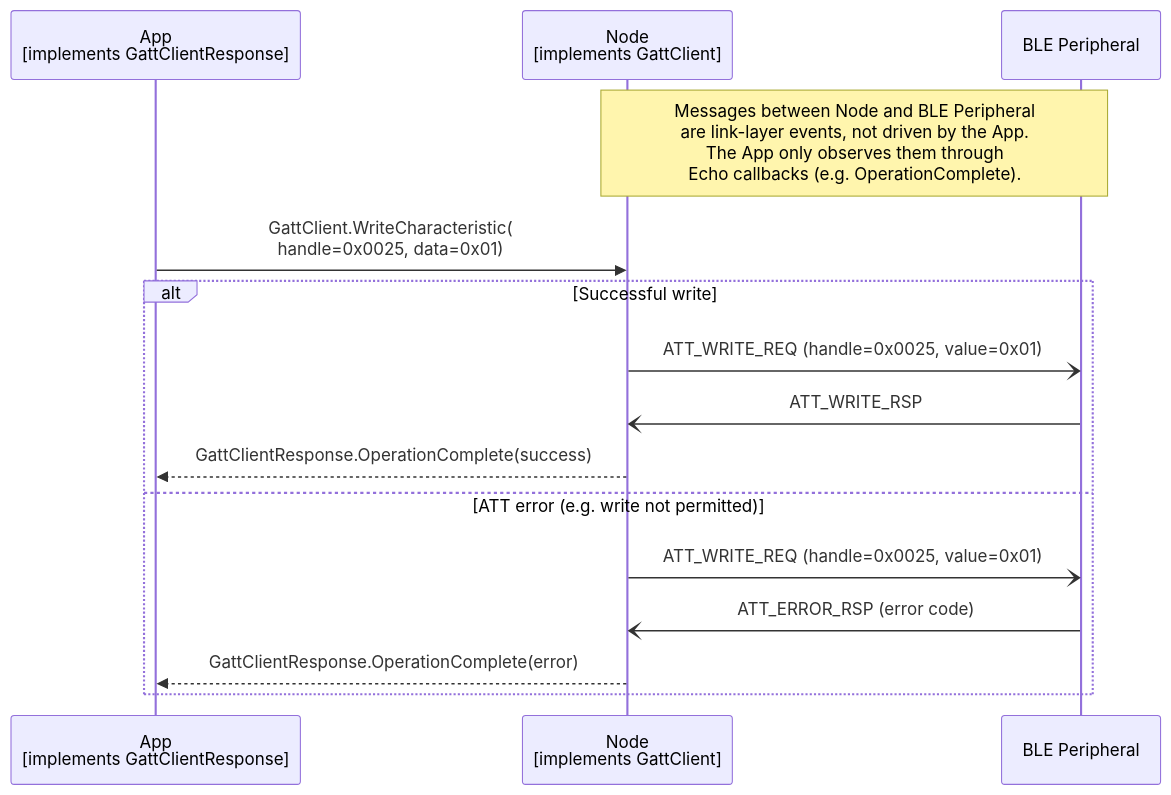
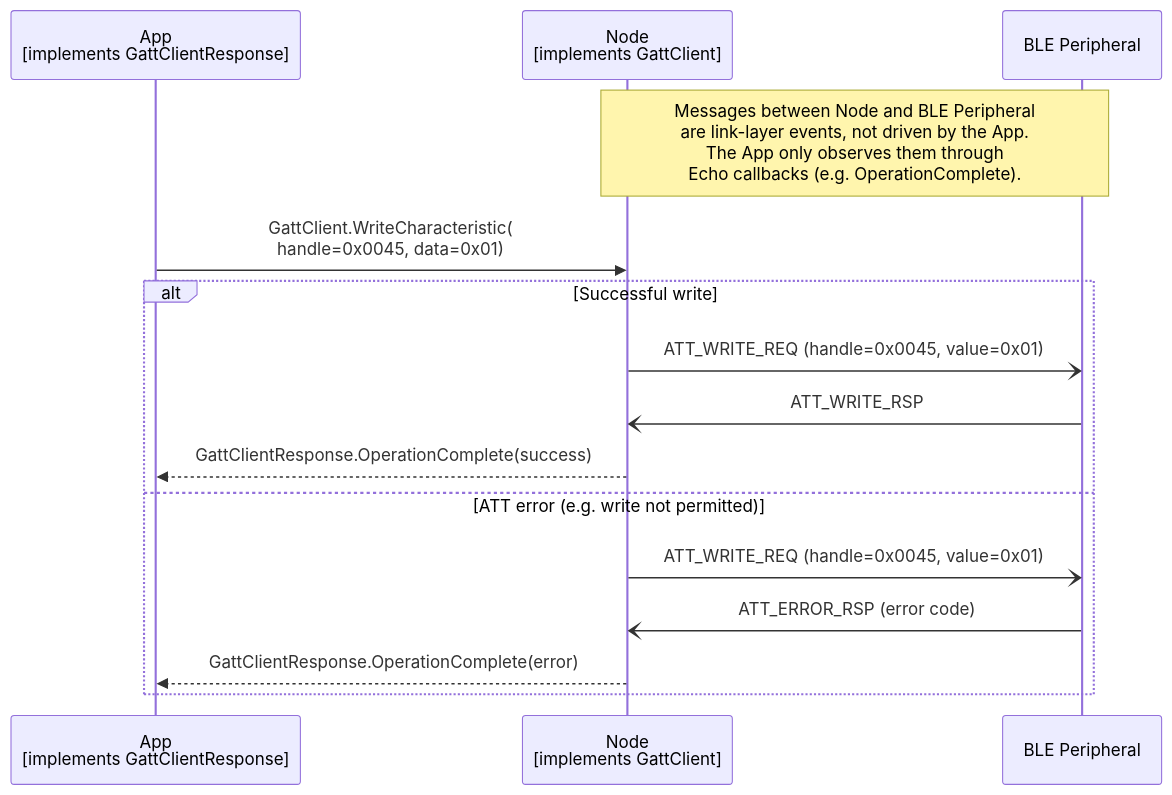
Before and after one commit to philips-software/amp-embedded-infra-lib: the diagram in documents/modules/ROOT/partials/echoservices/gatt_client/GattClient_WriteCharacteristic_sequence.mmd, drawn with Mermaid. The commit also changed 6 other files, not shown here.

```diff
--- a/documents/modules/ROOT/partials/echoservices/gatt_client/GattClient_WriteCharacteristic_sequence.mmd
+++ b/documents/modules/ROOT/partials/echoservices/gatt_client/GattClient_WriteCharacteristic_sequence.mmd
@@ -1,18 +1,18 @@
 sequenceDiagram
     participant App as App<br>[implements GattClientResponse]
     participant Node as Node<br>[implements GattClient]
     participant Peripheral as BLE Peripheral
 
     Note over Node, Peripheral: Messages between Node and BLE Peripheral<br>are link-layer events, not driven by the App.<br>The App only observes them through<br>Echo callbacks (e.g. OperationComplete).
 
-    App->>Node: GattClient.WriteCharacteristic(<br>handle=0x0025, data=0x01)
+    App->>Node: GattClient.WriteCharacteristic(<br>handle=0x0045, data=0x01)
 
     alt Successful write
-        Node-)Peripheral: ATT_WRITE_REQ (handle=0x0025, value=0x01)
+        Node-)Peripheral: ATT_WRITE_REQ (handle=0x0045, value=0x01)
         Peripheral-)Node: ATT_WRITE_RSP
         Node-->>App: GattClientResponse.OperationComplete(success)
     else ATT error (e.g. write not permitted)
-        Node-)Peripheral: ATT_WRITE_REQ (handle=0x0025, value=0x01)
+        Node-)Peripheral: ATT_WRITE_REQ (handle=0x0045, value=0x01)
         Peripheral-)Node: ATT_ERROR_RSP (error code)
         Node-->>App: GattClientResponse.OperationComplete(error)
     end
```
